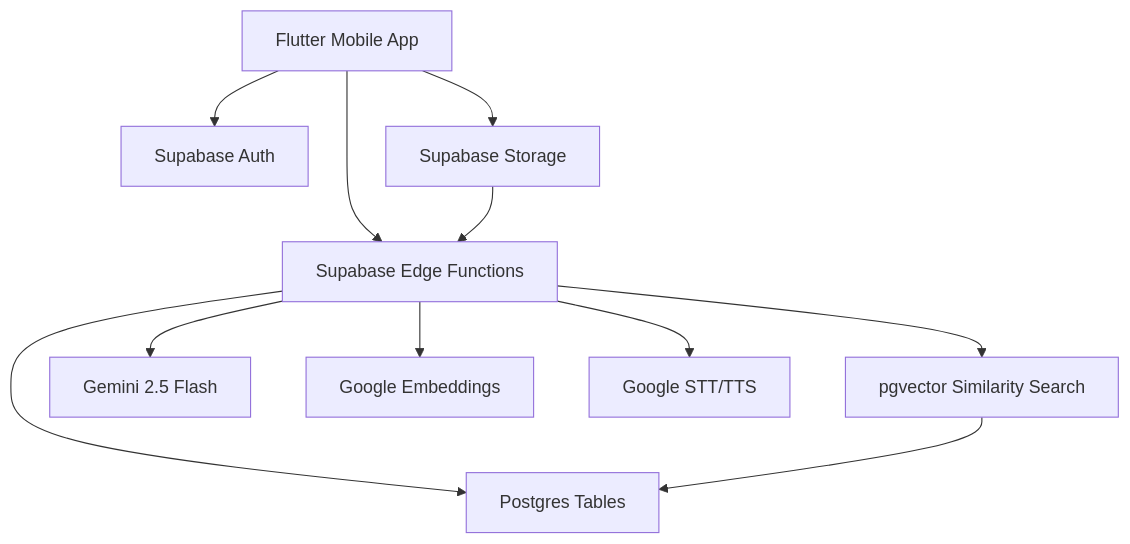
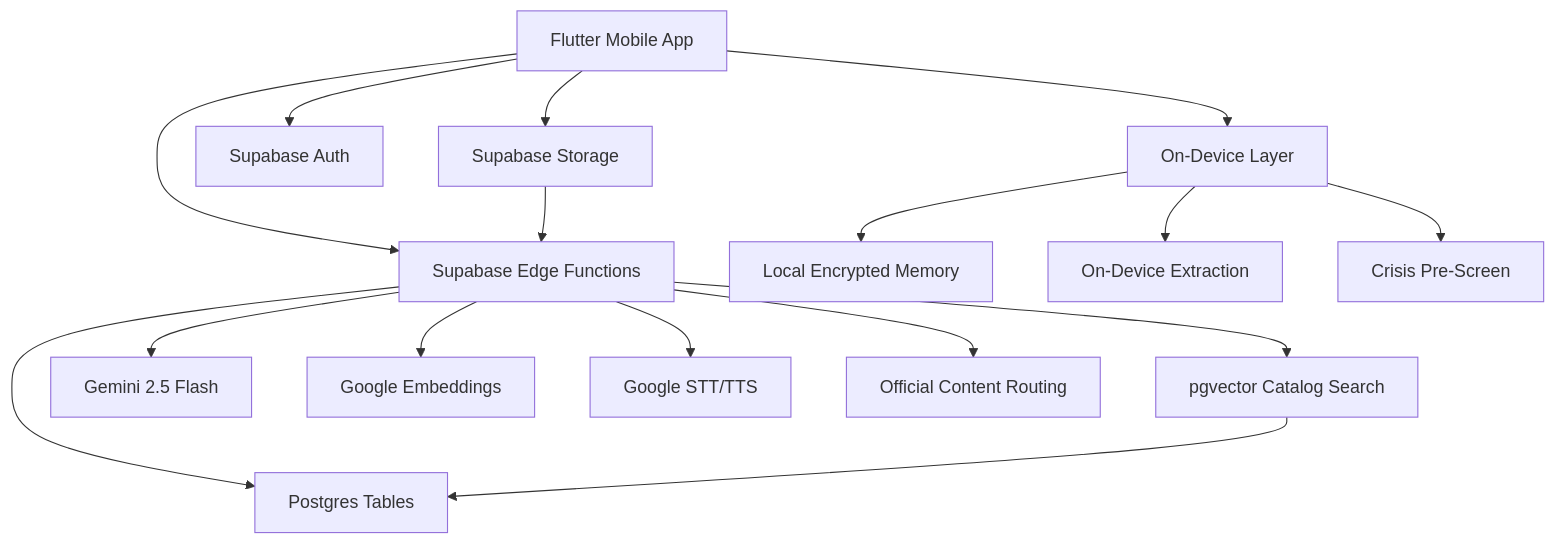
The diagram in docs/01-technical-architecture.md (chimzyfire-ship-it/Sayved), drawn with Mermaid before and after one commit. The commit also changed other lines of this file and 7 other files, not shown here.

````diff
--- a/docs/01-technical-architecture.md
+++ b/docs/01-technical-architecture.md
@@ -44,13 +80,18 @@
 ```mermaid
 flowchart TD
-    A["Flutter Mobile App"] --> B["Supabase Auth"]
-    A --> C["Supabase Edge Functions"]
-    A --> D["Supabase Storage"]
-    C --> E["Postgres Tables"]
-    C --> F["pgvector Similarity Search"]
-    C --> G["Gemini 2.5 Flash"]
-    C --> H["Google Embeddings"]
-    C --> I["Google STT/TTS"]
-    F --> E
-    D --> C
+    A["Flutter Mobile App"] --> B["On-Device Layer"]
+    A --> C["Supabase Auth"]
+    A --> D["Supabase Edge Functions"]
+    A --> E["Supabase Storage"]
+    B --> B1["Local Encrypted Memory"]
+    B --> B2["On-Device Extraction"]
+    B --> B3["Crisis Pre-Screen"]
+    D --> F["Postgres Tables"]
+    D --> G["pgvector Catalog Search"]
+    D --> H["Gemini 2.5 Flash"]
+    D --> I["Google Embeddings"]
+    D --> J["Google STT/TTS"]
+    D --> K["Official Content Routing"]
+    G --> F
+    E --> D
 ```
````
